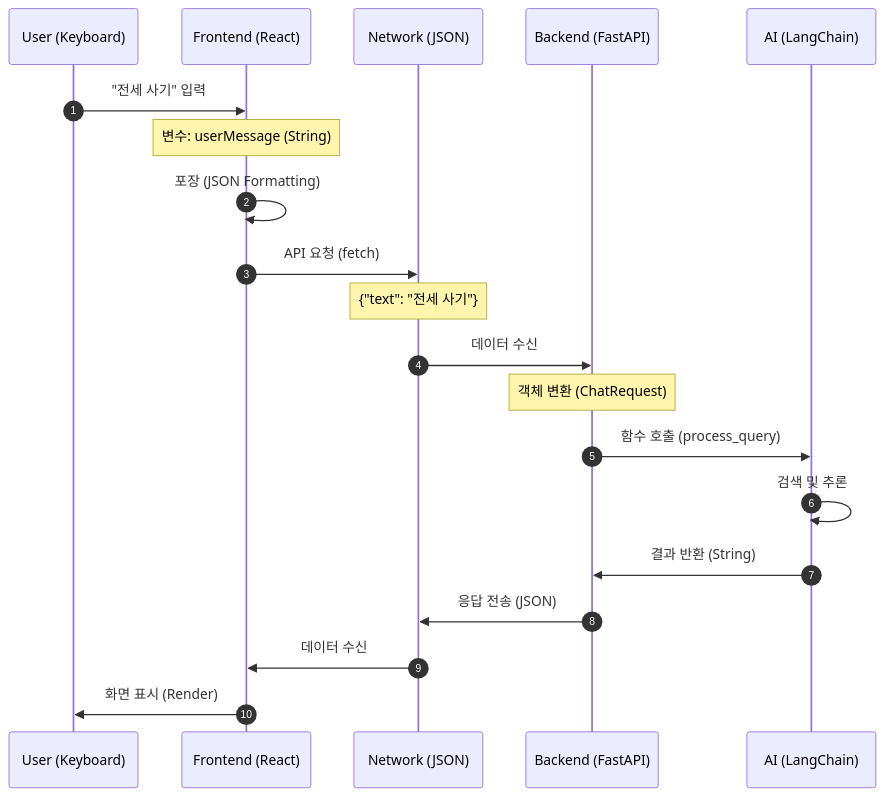
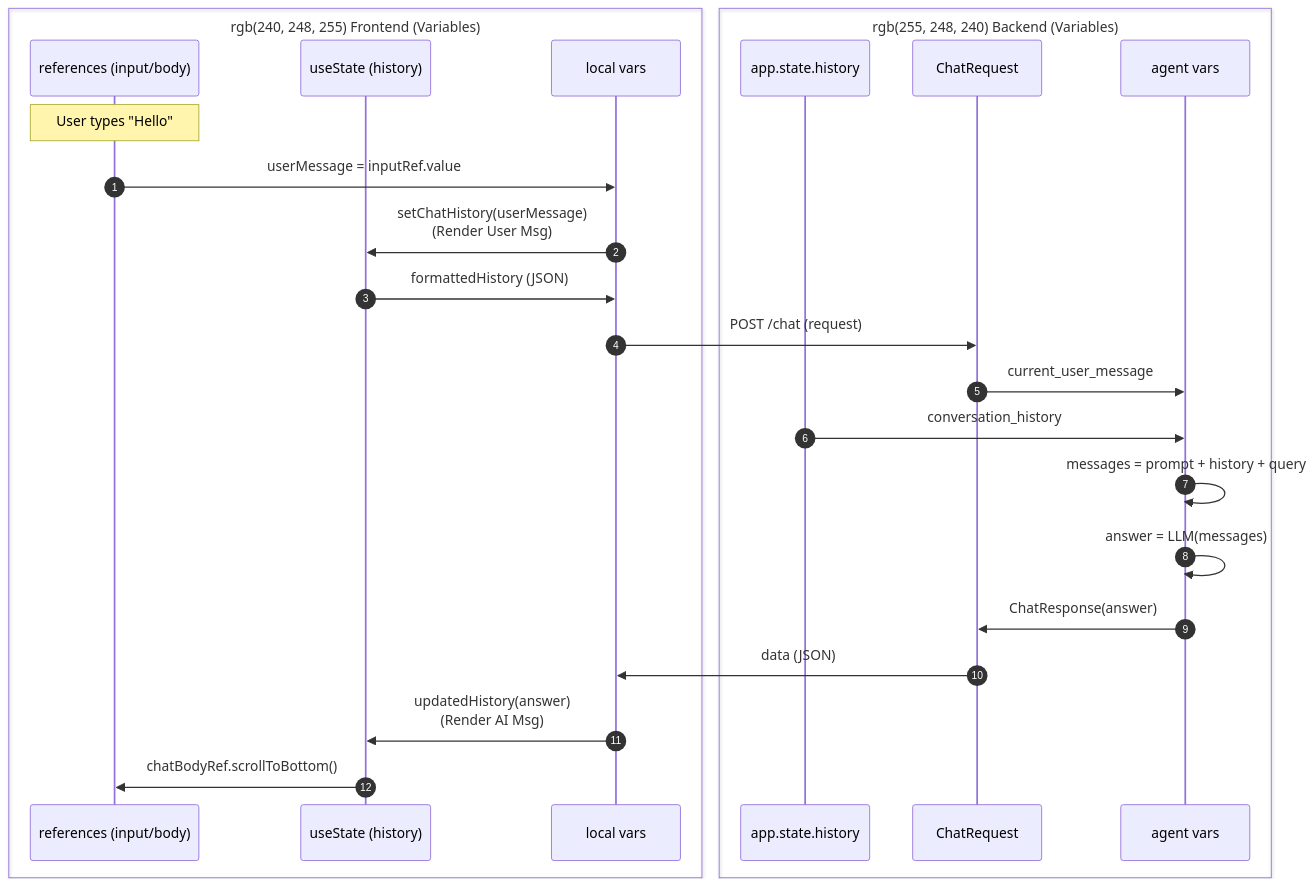
Before and after one commit to youmin0523/chat_agent: the diagram in DATA_FLOW.md, drawn with Mermaid. The commit also changed other lines of this file and 1 other file, not shown here.

Commit message:
data_flow rev.02

````diff
--- a/DATA_FLOW.md
+++ b/DATA_FLOW.md
@@ -11,23 +194,32 @@
 ```mermaid
 sequenceDiagram
     autonumber
-    participant U as User (Keyboard)
-    participant F as Frontend (React)
-    participant N as Network (JSON)
-    participant B as Backend (FastAPI)
-    participant A as AI (LangChain)
 
-    U->>F: "전세 사기" 입력
-    Note over F: 변수: userMessage (String)
-    F->>F: 포장 (JSON Formatting)
-    F->>N: API 요청 (fetch)
-    Note over N: {"text": "전세 사기"}
-    N->>B: 데이터 수신
-    Note over B: 객체 변환 (ChatRequest)
-    B->>A: 함수 호출 (process_query)
-    A->>A: 검색 및 추론
-    A->>B: 결과 반환 (String)
-    B->>N: 응답 전송 (JSON)
-    N->>F: 데이터 수신
-    F->>U: 화면 표시 (Render)
+    box rgb(240, 248, 255) Frontend (Variables)
+    participant Ref as references (input/body)
+    participant State as useState (history)
+    participant Local as local vars
+    end
+
+    box rgb(255, 248, 240) Backend (Variables)
+    participant Memory as app.state.history
+    participant Pydantic as ChatRequest
+    participant Logic as agent vars
+    end
+
+    Note over Ref: User types "Hello"
+    Ref->>Local: userMessage = inputRef.value
+    Local->>State: setChatHistory(userMessage)<br/>(Render User Msg)
+    State->>Local: formattedHistory (JSON)
+    Local->>Pydantic: POST /chat (request)
+
+    Pydantic->>Logic: current_user_message
+    Memory->>Logic: conversation_history
+    Logic->>Logic: messages = prompt + history + query
+    Logic->>Logic: answer = LLM(messages)
+    Logic->>Pydantic: ChatResponse(answer)
+
+    Pydantic->>Local: data (JSON)
+    Local->>State: updatedHistory(answer)<br/>(Render AI Msg)
+    State->>Ref: chatBodyRef.scrollToBottom()
 ```
````
